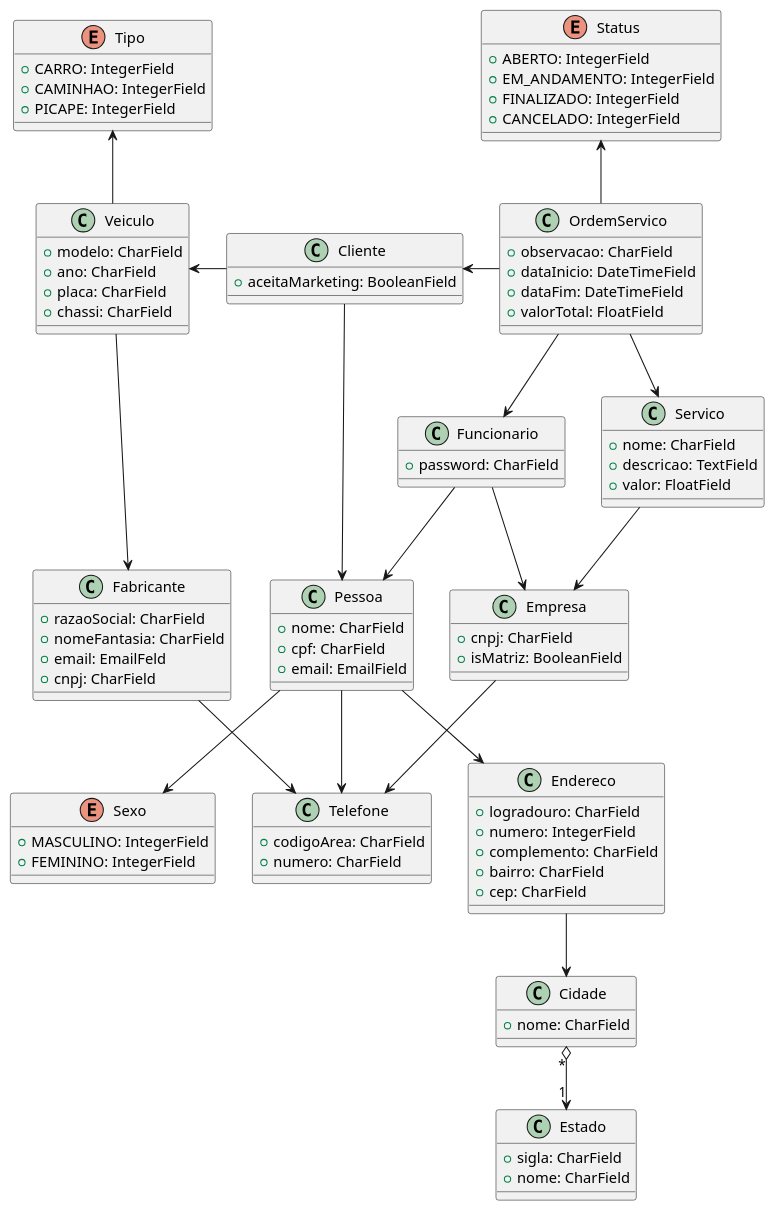
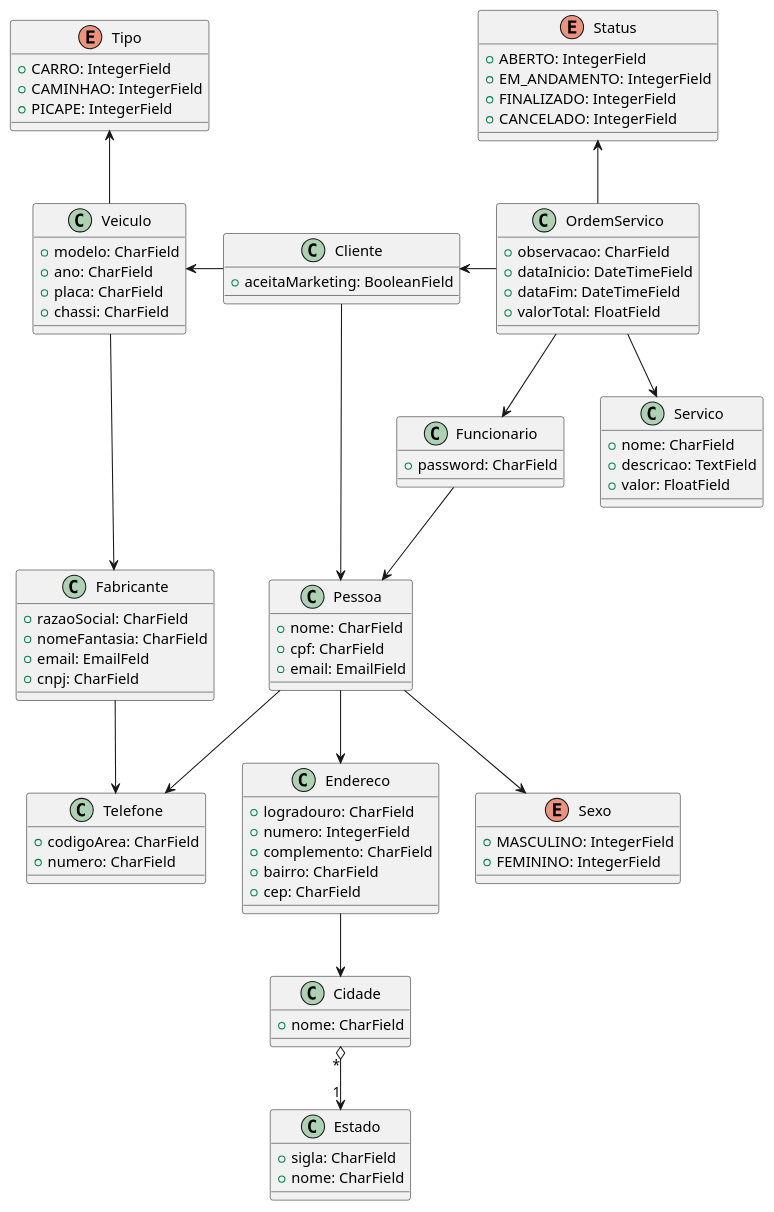
Before and after one commit to mateus1503/CarRepair: the diagram in uml_loja.puml, drawn with PlantUML. The commit also changed 18 other files, not shown here.

```diff
--- a/uml_loja.puml
+++ b/uml_loja.puml
@@ -1,118 +1,108 @@
 @startuml
 'https://plantuml.com/class-diagram
 
 class Pessoa {
     + nome: CharField
     + cpf: CharField
     + email: EmailField
 }
 
 class Funcionario {
     + password: CharField
 }
 
 class Cliente {
     + aceitaMarketing: BooleanField
 }
 
 enum Sexo {
     + MASCULINO: IntegerField
     + FEMININO: IntegerField
 }
 
 class Telefone {
     + codigoArea: CharField
     + numero: CharField
-}
-
-class Empresa {
-    + cnpj: CharField
-    + isMatriz: BooleanField
 }
 
 class Endereco {
     + logradouro: CharField
     + numero: IntegerField
     + complemento: CharField
     + bairro: CharField
     + cep: CharField
 }
 
 class Cidade {
     + nome: CharField
 }
 
 class Estado {
     + sigla: CharField
     + nome: CharField
 }
 
 class Fabricante {
     + razaoSocial: CharField
     + nomeFantasia: CharField
     + email: EmailFeld
     + cnpj: CharField
 }
 
 class Veiculo {
     + modelo: CharField
     + ano: CharField
     + placa: CharField
     + chassi: CharField
 }
 
 enum Tipo {
     + CARRO: IntegerField
     + CAMINHAO: IntegerField
     + PICAPE: IntegerField
 }
 
 class Servico {
     + nome: CharField
     + descricao: TextField
     + valor: FloatField
 }
 
 class OrdemServico {
     + observacao: CharField
     + dataInicio: DateTimeField
     + dataFim: DateTimeField
     + valorTotal: FloatField
 }
 
 enum Status {
     + ABERTO: IntegerField
     + EM_ANDAMENTO: IntegerField
     + FINALIZADO: IntegerField
     + CANCELADO: IntegerField
 }
 
 OrdemServico -left-> Cliente
 OrdemServico --> Funcionario
 OrdemServico --> Servico
 OrdemServico -up-> Status
 
-Servico --> Empresa
-
 Veiculo -up-> Tipo
 Veiculo --> Fabricante
 
 Fabricante --> Telefone
-
-Empresa --> Telefone
 
 Pessoa --> Sexo
 Pessoa --> Telefone
 Pessoa --> Endereco
 
 Funcionario --> Pessoa
-Funcionario --> Empresa
 
 Cliente --> Pessoa
 Cliente -left-> Veiculo
 
 Endereco --> Cidade
 
 Cidade "*" o--> "1" Estado
 
 @enduml
```
